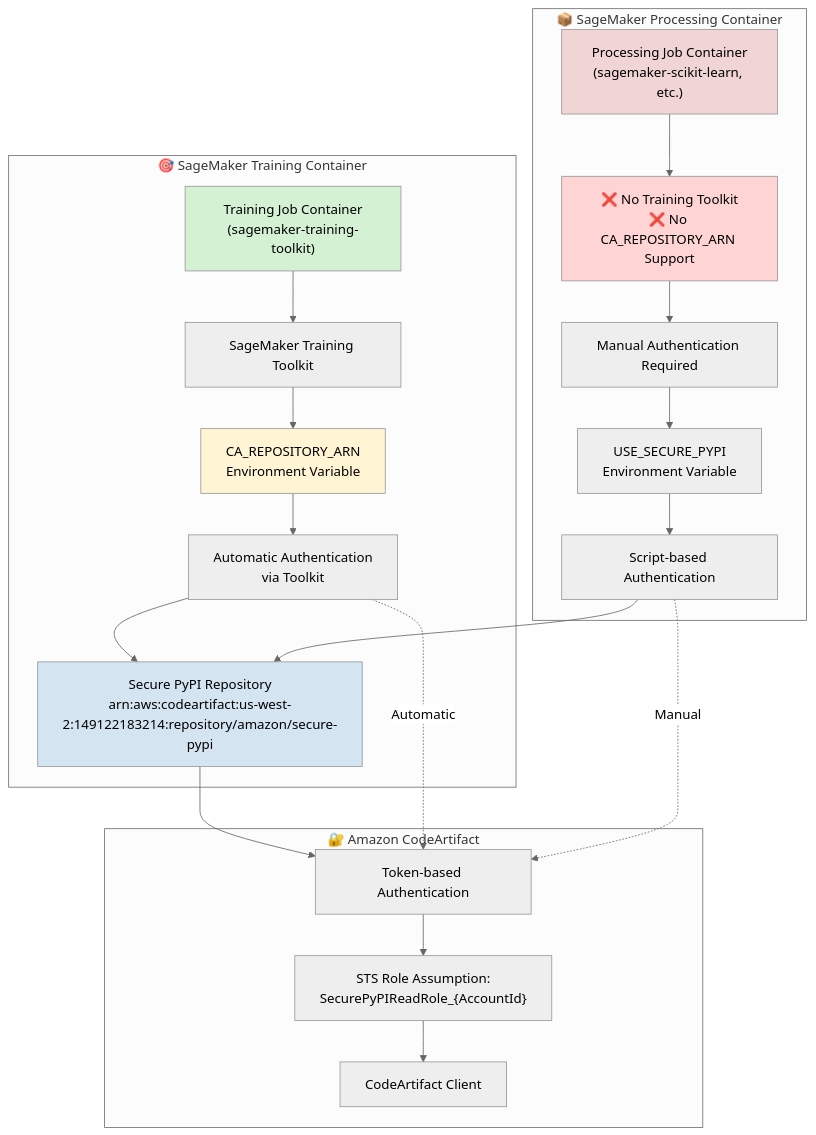
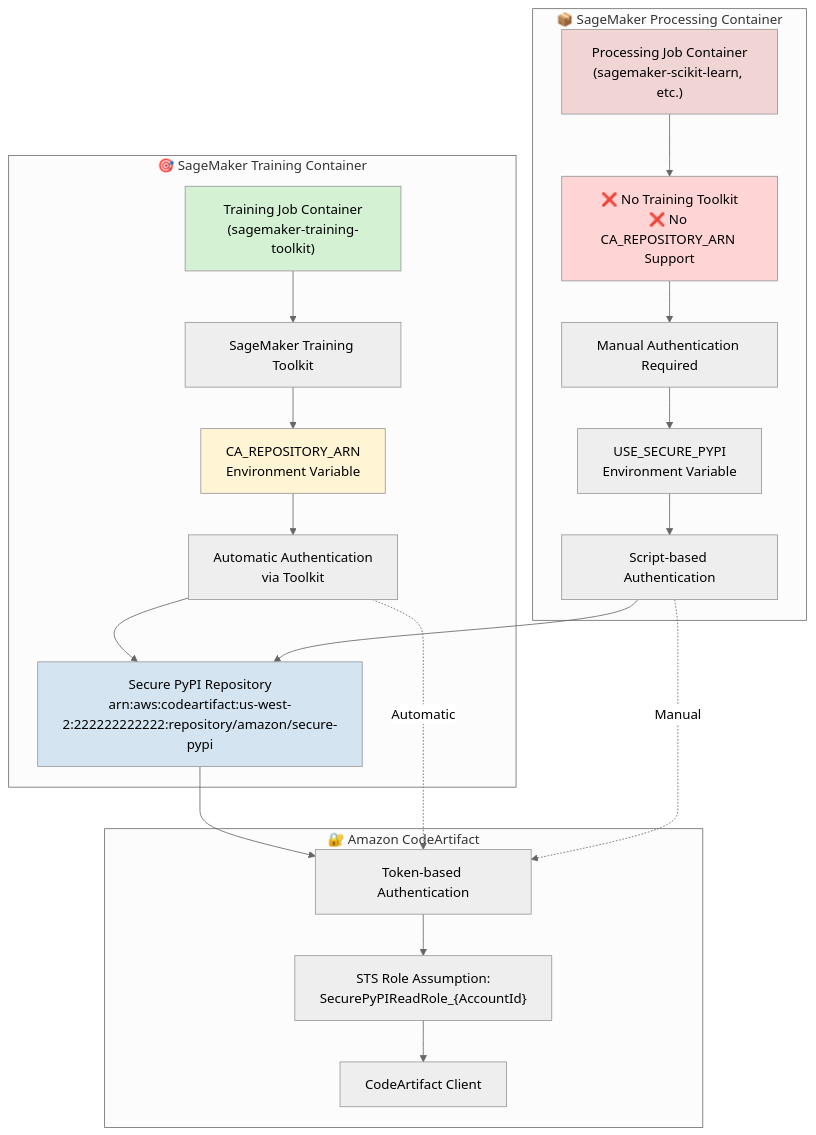
Before and after one commit to TianpeiLuke/cursus: the first of 2 diagrams in slipbox/1_design/secure_pypi_installation_design.md, drawn with Mermaid (neutral theme). The commit also changed other lines of this file and 118 other files, not shown here.

````diff
--- a/slipbox/1_design/secure_pypi_installation_design.md
+++ b/slipbox/1_design/secure_pypi_installation_design.md
@@ -60,48 +60,48 @@
 ```mermaid
 flowchart TD
     subgraph "🎯 SageMaker Training Container"
         TrainContainer["Training Job Container<br/>(sagemaker-training-toolkit)"]
         TrainToolkit["SageMaker Training Toolkit"]
         CARepArn["CA_REPOSITORY_ARN<br/>Environment Variable"]
         AutoAuth["Automatic Authentication<br/>via Toolkit"]
         
         TrainContainer --> TrainToolkit
         TrainToolkit --> CARepArn
         CARepArn --> AutoAuth
         AutoAuth --> SecurePyPI
     end
     
     subgraph "📦 SageMaker Processing Container"
         ProcContainer["Processing Job Container<br/>(sagemaker-scikit-learn, etc.)"]
         NoToolkit["❌ No Training Toolkit<br/>❌ No CA_REPOSITORY_ARN Support"]
         ManualAuth["Manual Authentication Required"]
         EnvVar["USE_SECURE_PYPI<br/>Environment Variable"]
         ScriptAuth["Script-based Authentication"]
         
         ProcContainer --> NoToolkit
         NoToolkit --> ManualAuth
         ManualAuth --> EnvVar
         EnvVar --> ScriptAuth
         ScriptAuth --> SecurePyPI
     end
     
     subgraph "🔐 Amazon CodeArtifact"
-        SecurePyPI["Secure PyPI Repository<br/>arn:aws:codeartifact:us-west-2:149122183214:repository/amazon/secure-pypi"]
+        SecurePyPI["Secure PyPI Repository<br/>arn:aws:codeartifact:us-west-2:222222222222:repository/amazon/secure-pypi"]
         TokenAuth["Token-based Authentication"]
         STSRole["STS Role Assumption:<br/>SecurePyPIReadRole_{AccountId}"]
         CAClient["CodeArtifact Client"]
         
         SecurePyPI --> TokenAuth
         TokenAuth --> STSRole
         STSRole --> CAClient
     end
     
     AutoAuth -.->|Automatic| TokenAuth
     ScriptAuth -.->|Manual| TokenAuth
     
     style TrainContainer fill:#d4f1d4
     style ProcContainer fill:#f1d4d4
     style SecurePyPI fill:#d4e5f1
     style CARepArn fill:#fff4d4
     style NoToolkit fill:#ffd4d4
 ```
````
